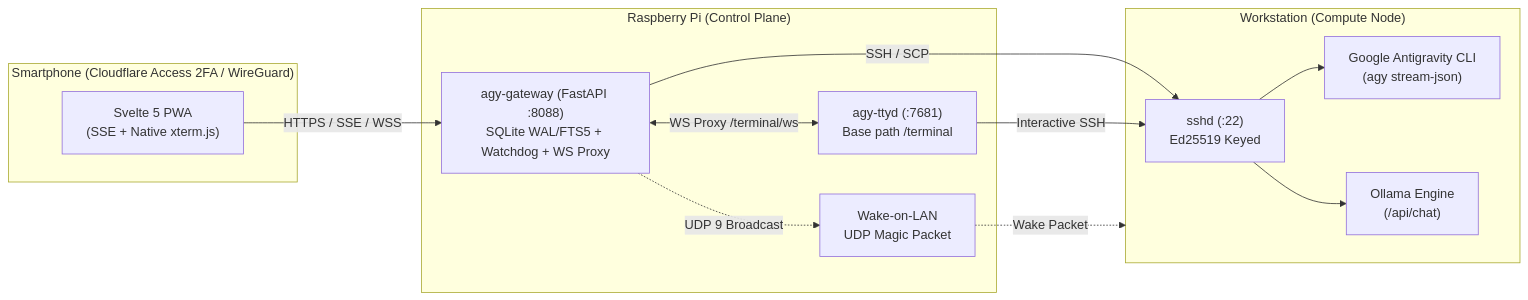
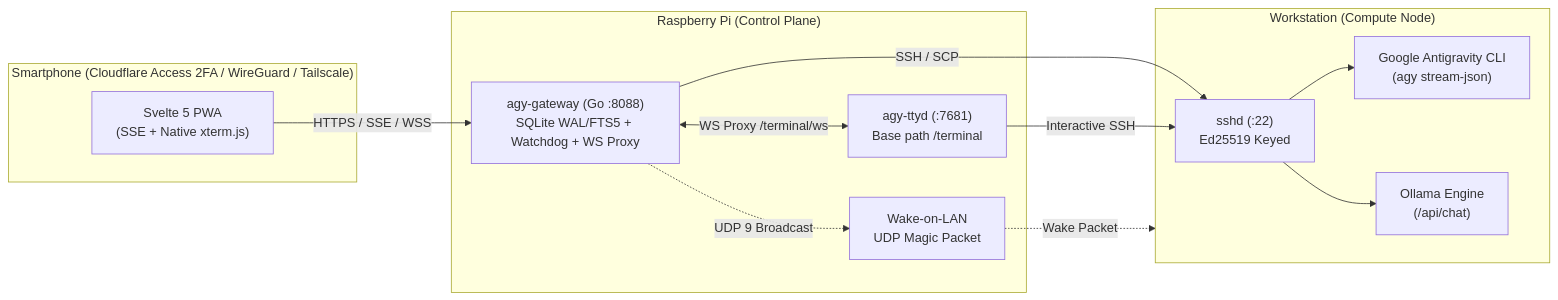
The diagram in README.md (Phoenix7290/agy-mobile-gateway), drawn with Mermaid before and after one commit. The commit also changed other lines of this file and 9 other files, not shown here.

````diff
--- a/README.md
+++ b/README.md
@@ -30,27 +33,27 @@
 ```mermaid
 flowchart LR
-    subgraph Mobile ["Smartphone (Cloudflare Access 2FA / WireGuard)"]
+    subgraph Mobile ["Smartphone (Cloudflare Access 2FA / WireGuard / Tailscale)"]
         UI["Svelte 5 PWA\n(SSE + Native xterm.js)"]
     end
 
     subgraph Pi ["Raspberry Pi (Control Plane)"]
-        GW["agy-gateway (FastAPI :8088)\nSQLite WAL/FTS5 + Watchdog + WS Proxy"]
+        GW["agy-gateway (Go :8088)\nSQLite WAL/FTS5 + Watchdog + WS Proxy"]
         TTYD["agy-ttyd (:7681)\nBase path /terminal"]
         WoL["Wake-on-LAN\nUDP Magic Packet"]
     end
 
     subgraph Desktop ["Workstation (Compute Node)"]
         SSH["sshd (:22)\nEd25519 Keyed"]
         AGY["Google Antigravity CLI\n(agy stream-json)"]
         Ollama["Ollama Engine\n(/api/chat)"]
     end
 
     UI -->|HTTPS / SSE / WSS| GW
     GW <-->|WS Proxy /terminal/ws| TTYD
     GW -->|SSH / SCP| SSH
     TTYD -->|Interactive SSH| SSH
     SSH --> AGY
     SSH --> Ollama
     GW -.->|UDP 9 Broadcast| WoL
     WoL -.->|Wake Packet| Desktop
 ```
````
